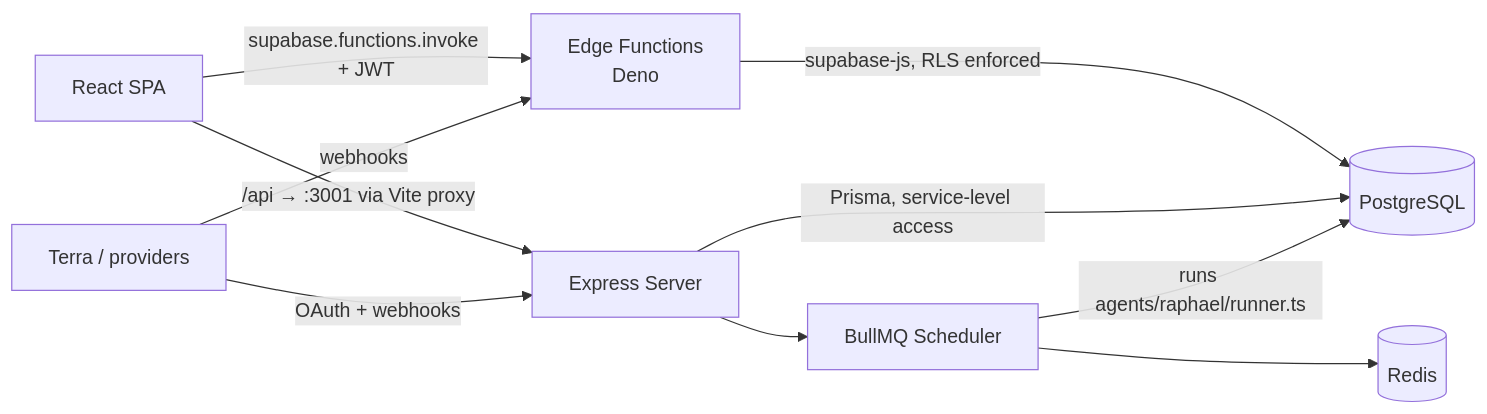
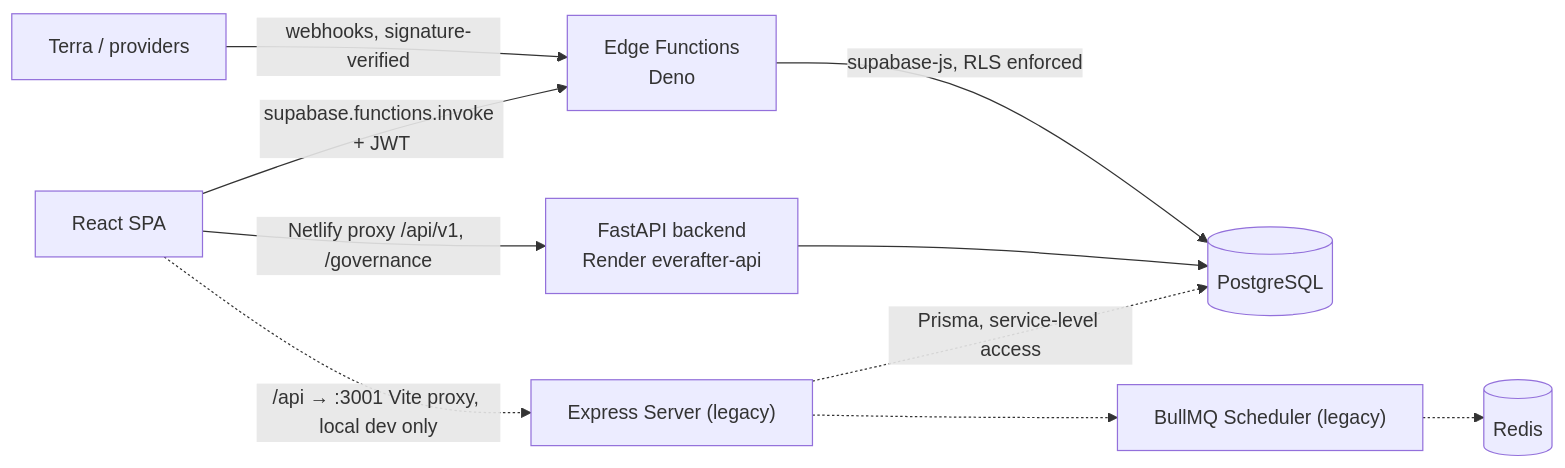
Before and after one commit to wisewater1/EverAfter: the diagram in second-brain/10 Architecture/Dual Backend System.md, drawn with Mermaid. The commit also changed other lines of this file and 2 other files, not shown here.

Commit message:
Vault: more agent output — health pipeline, security, repairs
Claude-Session: https://claude.ai/code/session_01MSUdUfJMTc9p166SBtcoQK

````diff
--- a/second-brain/10 Architecture/Dual Backend System.md
+++ b/second-brain/10 Architecture/Dual Backend System.md
@@ -30,12 +30,12 @@
 ```mermaid
 graph LR
     FE[React SPA] -->|"supabase.functions.invoke + JWT"| EF[Edge Functions<br/>Deno]
-    FE -->|"/api → :3001 via Vite proxy"| EX[Express Server]
+    FE -->|"Netlify proxy /api/v1, /governance"| FA["FastAPI backend<br/>Render everafter-api"]
+    FE -.->|"/api → :3001 Vite proxy, local dev only"| EX["Express Server (legacy)"]
     EF -->|supabase-js, RLS enforced| DB[(PostgreSQL)]
-    EX -->|Prisma, service-level access| DB
-    EX --> SCHED[BullMQ Scheduler]
-    SCHED --> REDIS[(Redis)]
-    SCHED -->|runs agents/raphael/runner.ts| DB
-    TERRA[Terra / providers] -->|OAuth + webhooks| EX
-    TERRA -->|webhooks| EF
+    FA --> DB
+    EX -.->|Prisma, service-level access| DB
+    EX -.-> SCHED["BullMQ Scheduler (legacy)"]
+    SCHED -.-> REDIS[(Redis)]
+    TERRA[Terra / providers] -->|webhooks, signature-verified| EF
 ```
````
